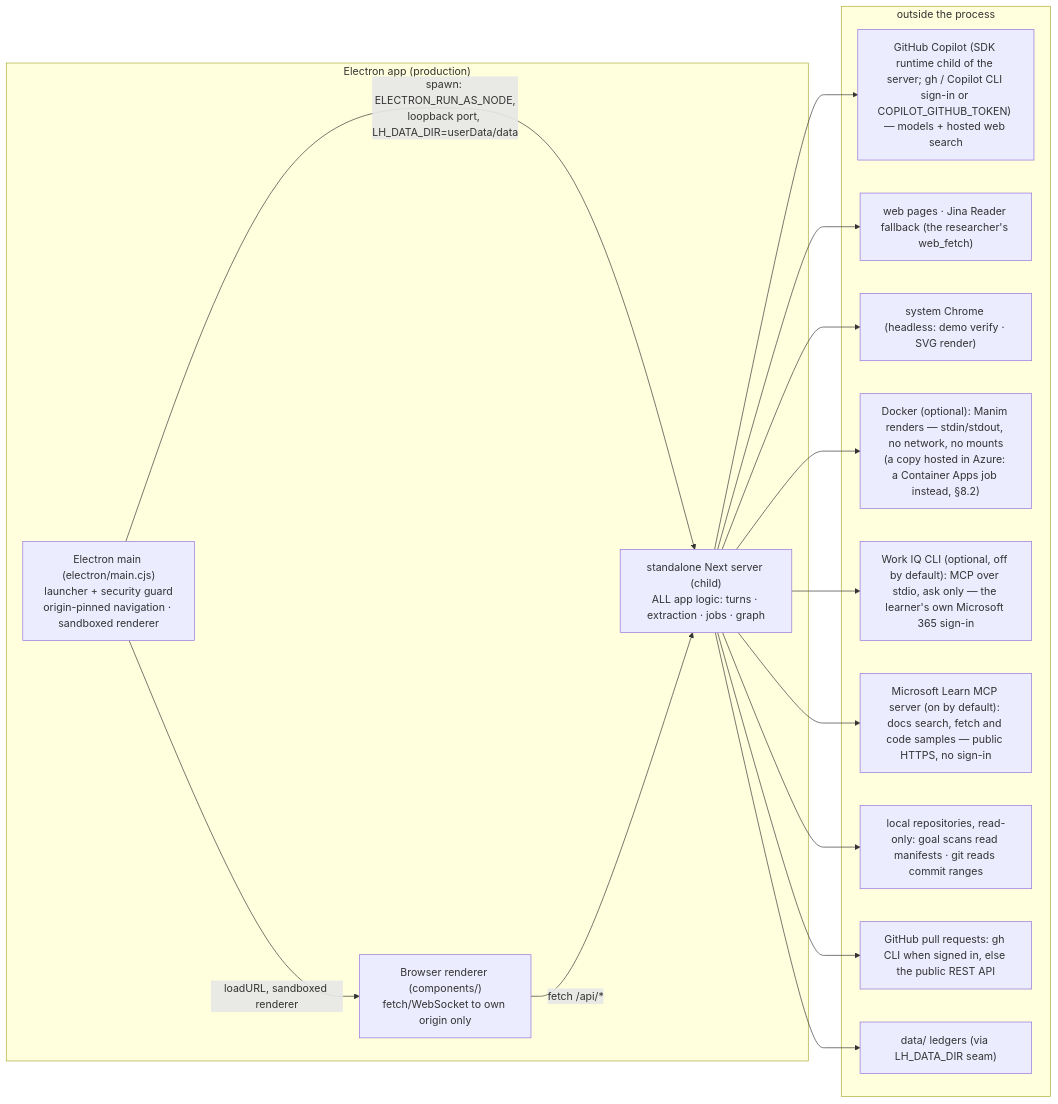
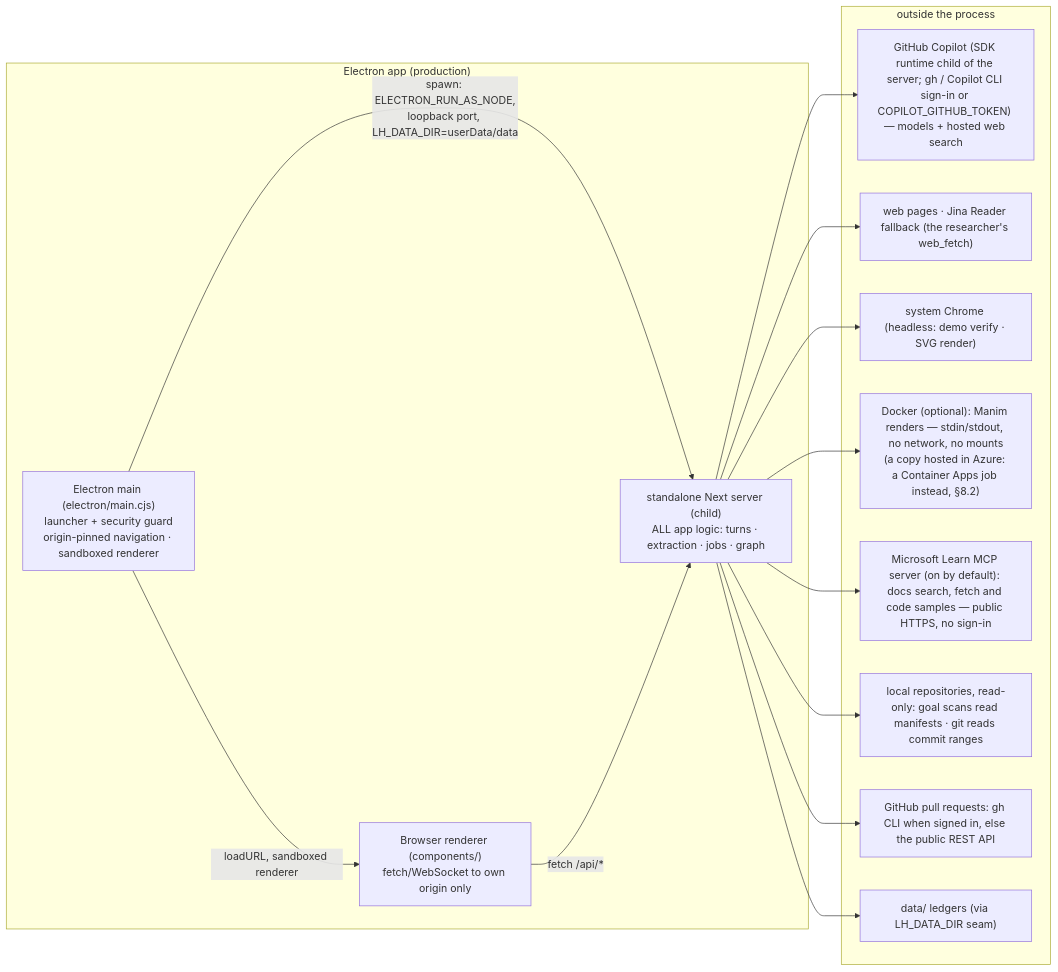
Before and after one commit to Bakar404/cairn: the seventh of 7 diagrams in docs/architecture.md, drawn with Mermaid. The commit also changed other lines of this file and 29 other files, not shown here.

````diff
--- a/docs/architecture.md
+++ b/docs/architecture.md
@@ -416,28 +416,26 @@
 ```mermaid
 flowchart LR
     subgraph DESKTOP["Electron app (production)"]
         MAIN["Electron main (electron/main.cjs)<br/>launcher + security guard<br/>origin-pinned navigation · sandboxed renderer"] -->|"spawn: ELECTRON_RUN_AS_NODE,<br/>loopback port, LH_DATA_DIR=userData/data"| NEXT["standalone Next server (child)<br/>ALL app logic: turns · extraction · jobs · graph"]
         MAIN -->|"loadURL, sandboxed renderer"| REND["Browser renderer (components/)<br/>fetch/WebSocket to own origin only"]
     end
     subgraph OUTSIDE["outside the process"]
         CP["GitHub Copilot (SDK runtime child of the server; gh / Copilot CLI sign-in or COPILOT_GITHUB_TOKEN) — models + hosted web search"]
         WEBT["web pages · Jina Reader fallback (the researcher's web_fetch)"]
         CHROME["system Chrome (headless: demo verify · SVG render)"]
         DOCKER["Docker (optional): Manim renders — stdin/stdout, no network, no mounts<br/>(a copy hosted in Azure: a Container Apps job instead, §8.2)"]
-        WORKIQ["Work IQ CLI (optional, off by default): MCP over stdio, ask only — the learner's own Microsoft 365 sign-in"]
         LEARN["Microsoft Learn MCP server (on by default): docs search, fetch and code samples — public HTTPS, no sign-in"]
         REPOS["local repositories, read-only: goal scans read manifests · git reads commit ranges"]
         GH["GitHub pull requests: gh CLI when signed in, else the public REST API"]
         DISK["data/ ledgers (via LH_DATA_DIR seam)"]
     end
     NEXT --> CP
     NEXT --> WEBT
     NEXT --> CHROME
     NEXT --> DOCKER
-    NEXT --> WORKIQ
     NEXT --> LEARN
     NEXT --> REPOS
     NEXT --> GH
     NEXT --> DISK
     REND -->|"fetch /api/*"| NEXT
 ```
````
